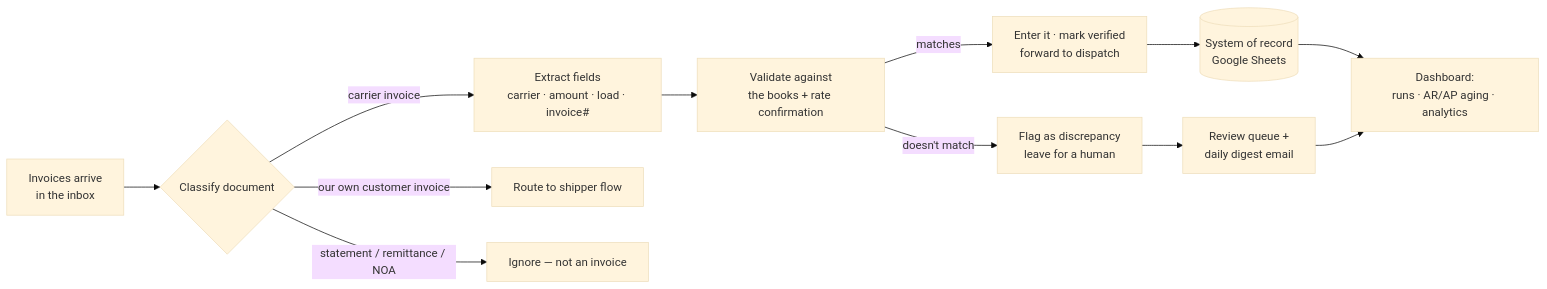
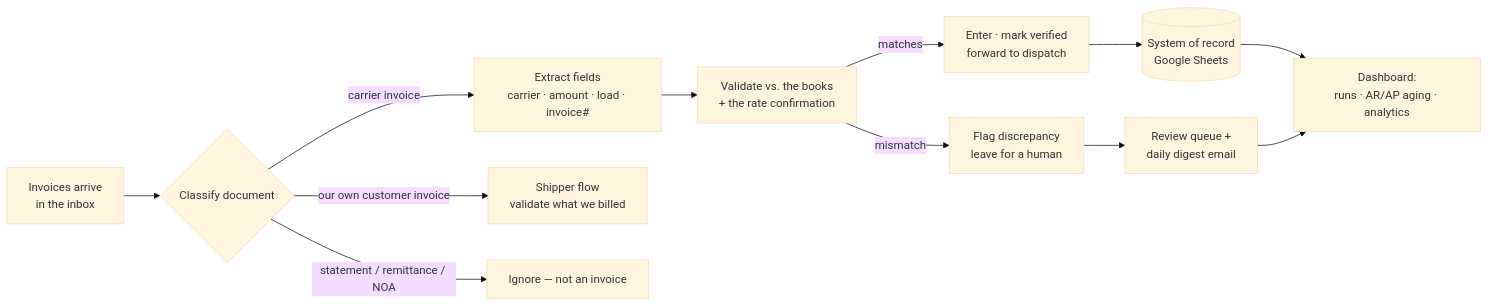
Before and after one commit to adityacodes5/freight-ap-ar-agent: the diagram in README.md, drawn with Mermaid (base theme). The commit also changed other lines of this file and 1 other file, not shown here.

First line of the commit message:
README: deepen technical detail, add data-model + roadmap

````diff
--- a/README.md
+++ b/README.md
@@ -23,14 +23,14 @@
 ```mermaid
 flowchart LR
     A[Invoices arrive<br/>in the inbox] --> B{Classify document}
     B -->|carrier invoice| C[Extract fields<br/>carrier · amount · load · invoice#]
-    B -->|our own customer invoice| S[Route to shipper flow]
+    B -->|our own customer invoice| S[Shipper flow<br/>validate what we billed]
     B -->|statement / remittance / NOA| X[Ignore — not an invoice]
-    C --> D[Validate against<br/>the books + rate confirmation]
-    D -->|matches| E[Enter it · mark verified<br/>forward to dispatch]
-    D -->|doesn't match| F[Flag as discrepancy<br/>leave for a human]
+    C --> D[Validate vs. the books<br/>+ the rate confirmation]
+    D -->|matches| E[Enter · mark verified<br/>forward to dispatch]
+    D -->|mismatch| F[Flag discrepancy<br/>leave for a human]
     E --> G[(System of record<br/>Google Sheets)]
     F --> H[Review queue +<br/>daily digest email]
     G --> I[Dashboard:<br/>runs · AR/AP aging · analytics]
     H --> I
 ```
````
